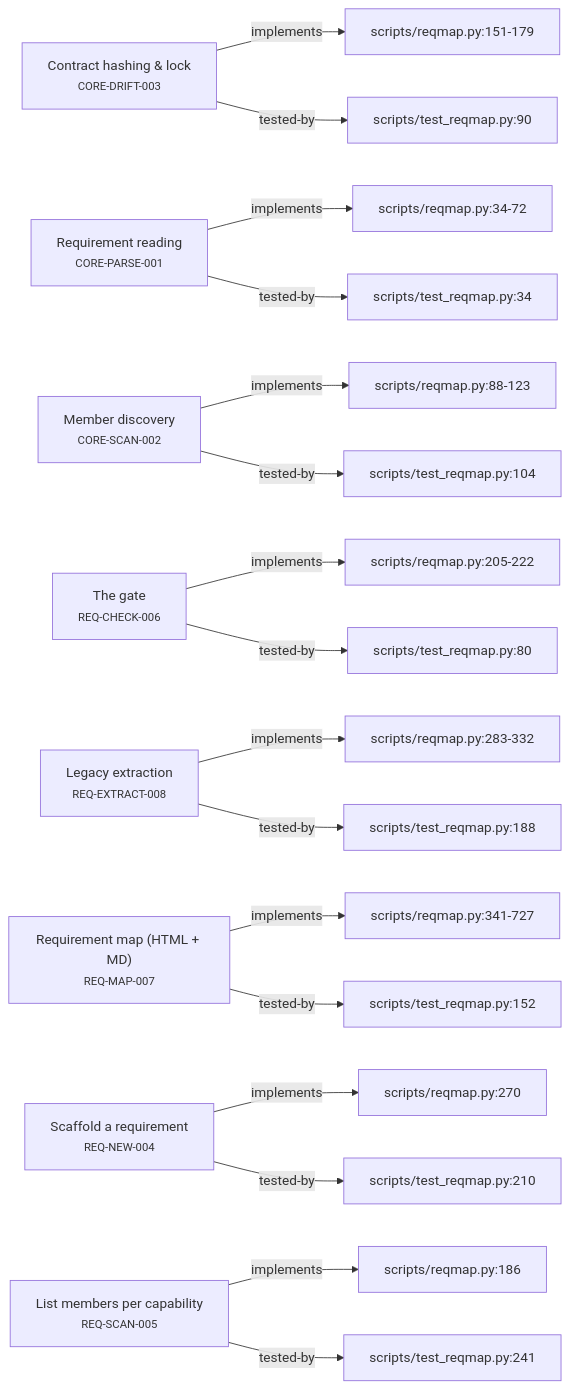
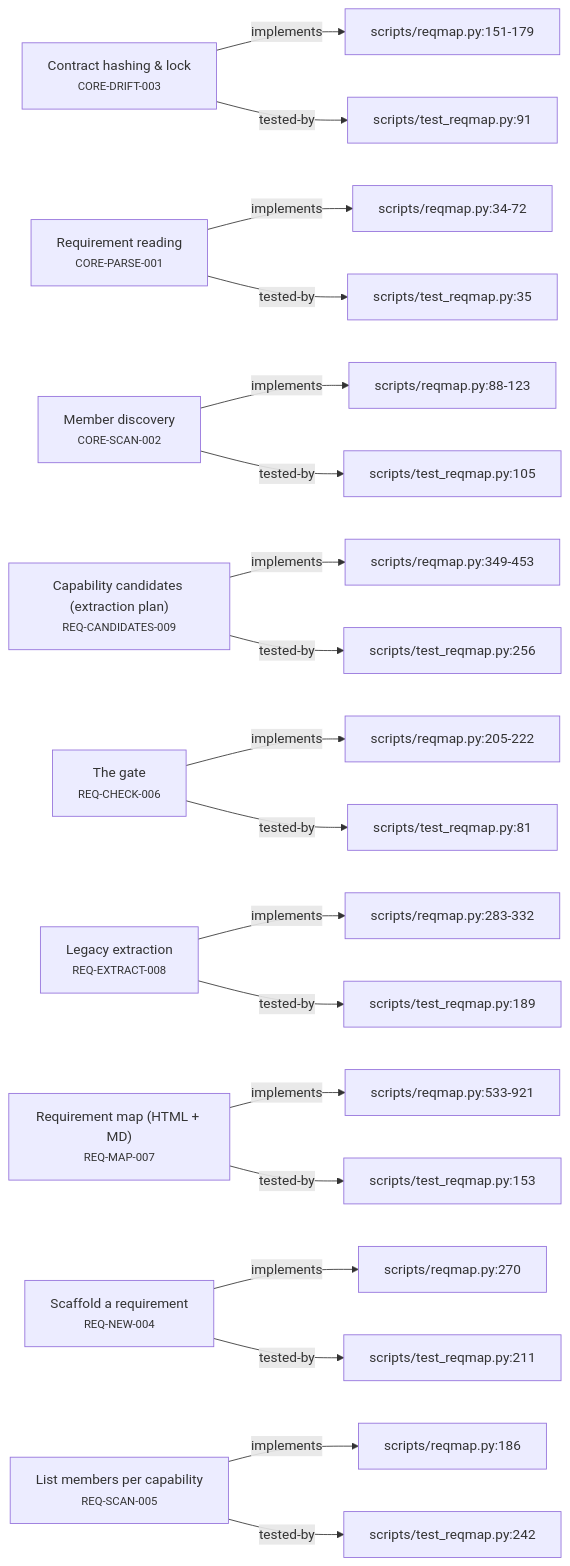
One commit to alxmax/Requirement-manager changed the second of 5 diagrams in plugin/requirements/_map.md. Above: the diagram before and after it, drawn with Mermaid. The commit also changed other lines of this file and 2 other files, not shown here.

First line of the commit message:
feat(map): sharper rectangle nodes + wider left-right layout

````diff
--- a/plugin/requirements/_map.md
+++ b/plugin/requirements/_map.md
@@ -38,43 +40,48 @@
 ```mermaid
 graph LR
   CORE_DRIFT_003["Contract hashing & lock<br><small>CORE-DRIFT-003</small>"]
   f_scripts_reqmap_py_151_179["scripts/reqmap.py:151-179"]
   CORE_DRIFT_003 -->|implements| f_scripts_reqmap_py_151_179
-  f_scripts_test_reqmap_py_90["scripts/test_reqmap.py:90"]
-  CORE_DRIFT_003 -->|tested-by| f_scripts_test_reqmap_py_90
+  f_scripts_test_reqmap_py_91["scripts/test_reqmap.py:91"]
+  CORE_DRIFT_003 -->|tested-by| f_scripts_test_reqmap_py_91
   CORE_PARSE_001["Requirement reading<br><small>CORE-PARSE-001</small>"]
   f_scripts_reqmap_py_34_72["scripts/reqmap.py:34-72"]
   CORE_PARSE_001 -->|implements| f_scripts_reqmap_py_34_72
-  f_scripts_test_reqmap_py_34["scripts/test_reqmap.py:34"]
-  CORE_PARSE_001 -->|tested-by| f_scripts_test_reqmap_py_34
+  f_scripts_test_reqmap_py_35["scripts/test_reqmap.py:35"]
+  CORE_PARSE_001 -->|tested-by| f_scripts_test_reqmap_py_35
   CORE_SCAN_002["Member discovery<br><small>CORE-SCAN-002</small>"]
   f_scripts_reqmap_py_88_123["scripts/reqmap.py:88-123"]
   CORE_SCAN_002 -->|implements| f_scripts_reqmap_py_88_123
-  f_scripts_test_reqmap_py_104["scripts/test_reqmap.py:104"]
-  CORE_SCAN_002 -->|tested-by| f_scripts_test_reqmap_py_104
+  f_scripts_test_reqmap_py_105["scripts/test_reqmap.py:105"]
+  CORE_SCAN_002 -->|tested-by| f_scripts_test_reqmap_py_105
+  REQ_CANDIDATES_009["Capability candidates (extraction plan)<br><small>REQ-CANDIDATES-009</small>"]
+  f_scripts_reqmap_py_349_453["scripts/reqmap.py:349-453"]
+  REQ_CANDIDATES_009 -->|implements| f_scripts_reqmap_py_349_453
+  f_scripts_test_reqmap_py_256["scripts/test_reqmap.py:256"]
+  REQ_CANDIDATES_009 -->|tested-by| f_scripts_test_reqmap_py_256
   REQ_CHECK_006["The gate<br><small>REQ-CHECK-006</small>"]
   f_scripts_reqmap_py_205_222["scripts/reqmap.py:205-222"]
   REQ_CHECK_006 -->|implements| f_scripts_reqmap_py_205_222
-  f_scripts_test_reqmap_py_80["scripts/test_reqmap.py:80"]
-  REQ_CHECK_006 -->|tested-by| f_scripts_test_reqmap_py_80
+  f_scripts_test_reqmap_py_81["scripts/test_reqmap.py:81"]
+  REQ_CHECK_006 -->|tested-by| f_scripts_test_reqmap_py_81
   REQ_EXTRACT_008["Legacy extraction<br><small>REQ-EXTRACT-008</small>"]
   f_scripts_reqmap_py_283_332["scripts/reqmap.py:283-332"]
   REQ_EXTRACT_008 -->|implements| f_scripts_reqmap_py_283_332
-  f_scripts_test_reqmap_py_188["scripts/test_reqmap.py:188"]
-  REQ_EXTRACT_008 -->|tested-by| f_scripts_test_reqmap_py_188
+  f_scripts_test_reqmap_py_189["scripts/test_reqmap.py:189"]
+  REQ_EXTRACT_008 -->|tested-by| f_scripts_test_reqmap_py_189
   REQ_MAP_007["Requirement map (HTML + MD)<br><small>REQ-MAP-007</small>"]
-  f_scripts_reqmap_py_341_727["scripts/reqmap.py:341-727"]
-  REQ_MAP_007 -->|implements| f_scripts_reqmap_py_341_727
-  f_scripts_test_reqmap_py_152["scripts/test_reqmap.py:152"]
-  REQ_MAP_007 -->|tested-by| f_scripts_test_reqmap_py_152
+  f_scripts_reqmap_py_533_921["scripts/reqmap.py:533-921"]
+  REQ_MAP_007 -->|implements| f_scripts_reqmap_py_533_921
+  f_scripts_test_reqmap_py_153["scripts/test_reqmap.py:153"]
+  REQ_MAP_007 -->|tested-by| f_scripts_test_reqmap_py_153
   REQ_NEW_004["Scaffold a requirement<br><small>REQ-NEW-004</small>"]
   f_scripts_reqmap_py_270["scripts/reqmap.py:270"]
   REQ_NEW_004 -->|implements| f_scripts_reqmap_py_270
-  f_scripts_test_reqmap_py_210["scripts/test_reqmap.py:210"]
-  REQ_NEW_004 -->|tested-by| f_scripts_test_reqmap_py_210
+  f_scripts_test_reqmap_py_211["scripts/test_reqmap.py:211"]
+  REQ_NEW_004 -->|tested-by| f_scripts_test_reqmap_py_211
   REQ_SCAN_005["List members per capability<br><small>REQ-SCAN-005</small>"]
   f_scripts_reqmap_py_186["scripts/reqmap.py:186"]
   REQ_SCAN_005 -->|implements| f_scripts_reqmap_py_186
-  f_scripts_test_reqmap_py_241["scripts/test_reqmap.py:241"]
-  REQ_SCAN_005 -->|tested-by| f_scripts_test_reqmap_py_241
+  f_scripts_test_reqmap_py_242["scripts/test_reqmap.py:242"]
+  REQ_SCAN_005 -->|tested-by| f_scripts_test_reqmap_py_242
 ```
````
